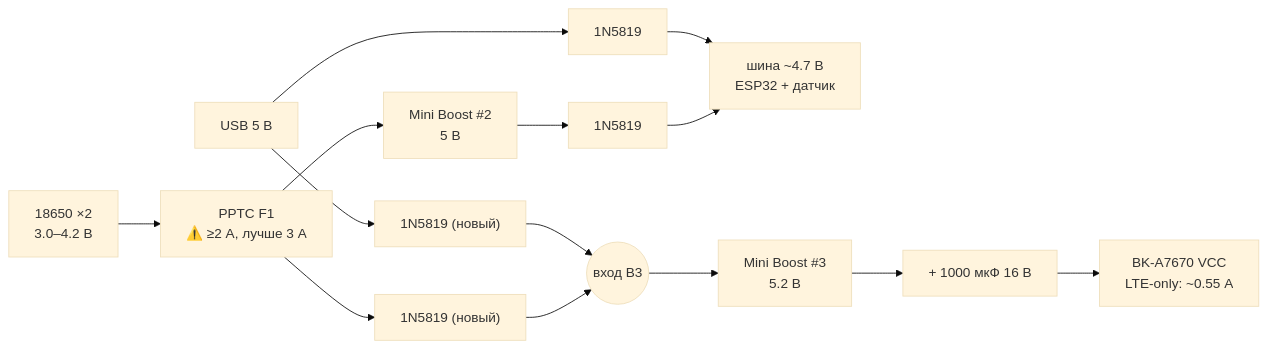
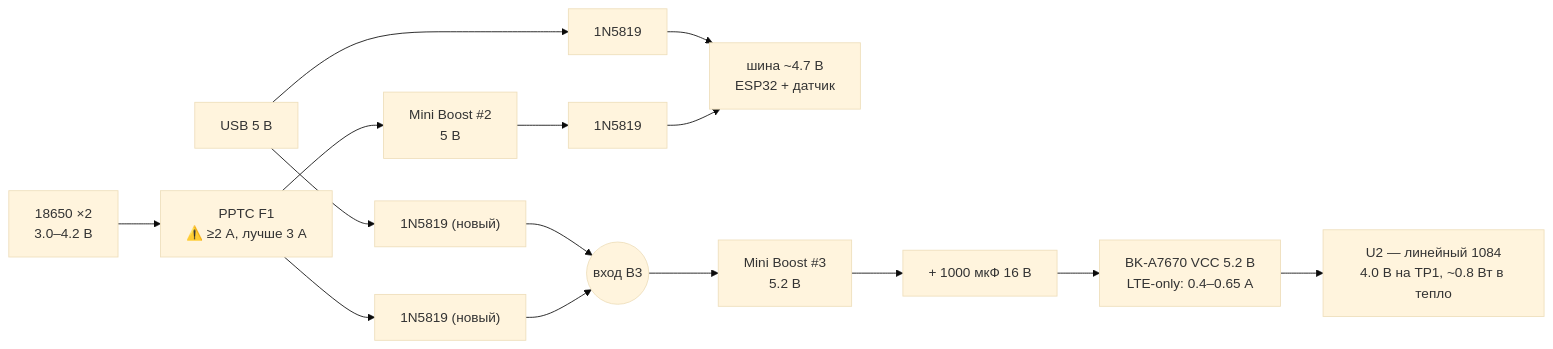
Before and after one commit to temafey/ArduinoWindStation: the first of 2 diagrams in tasks/10-a7670e-4g-gps.md, drawn with Mermaid (base theme). The commit also changed other lines of this file and 5 other files, not shown here.

````diff
--- a/tasks/10-a7670e-4g-gps.md
+++ b/tasks/10-a7670e-4g-gps.md
@@ -275,10 +405,11 @@
 ```mermaid
 flowchart LR
   USB["USB 5 В"] --> D1["1N5819"] --> RAIL["шина ~4.7 В<br/>ESP32 + датчик"]
   USB --> D3["1N5819 (новый)"] --> B3IN(("вход B3"))
   BAT["18650 ×2<br/>3.0–4.2 В"] --> F1["PPTC F1<br/>⚠️ ≥2 А, лучше 3 А"]
   F1 --> B2["Mini Boost #2<br/>5 В"] --> D2["1N5819"] --> RAIL
   F1 --> D4["1N5819 (новый)"] --> B3IN
   B3IN --> B3["Mini Boost #3<br/>5.2 В"]
-  B3 --> CAP["+ 1000 мкФ 16 В"] --> MODEM["BK-A7670 VCC<br/>LTE-only: ~0.55 А"]
+  B3 --> CAP["+ 1000 мкФ 16 В"] --> MODEM["BK-A7670 VCC 5.2 В<br/>LTE-only: 0.4–0.65 А"]
+  MODEM --> U2["U2 — линейный 1084<br/>4.0 В на TP1, ~0.8 Вт в тепло"]
 ```
````
